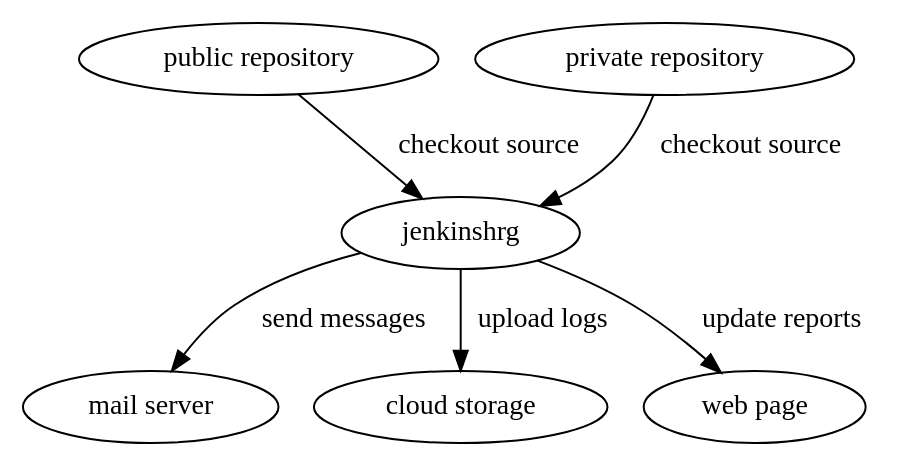
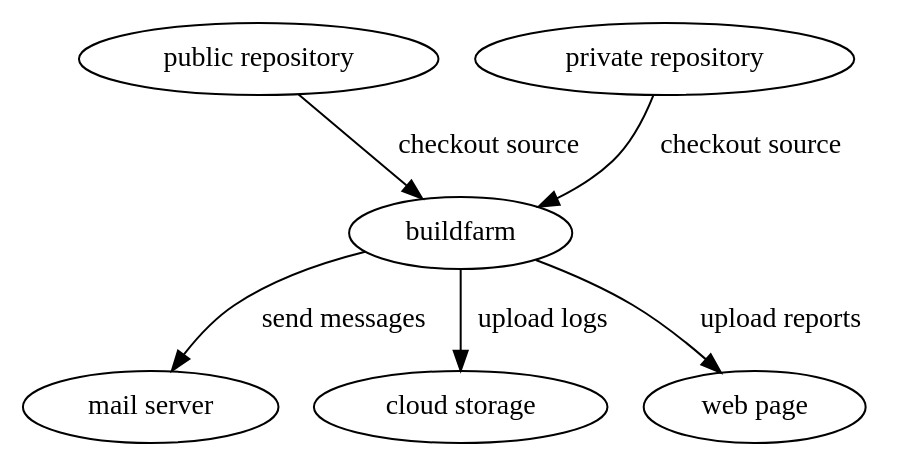
One commit to jenkinshrg/buildfarm-doc changed the diagram in overview.rst. Above: the diagram before and after it, drawn with Graphviz.

```diff
--- a/overview.rst
+++ b/overview.rst
@@ -12,15 +12,15 @@
 .. graphviz::
 
    digraph {
       source1 [label="public repository"];
       source2 [label="private repository"];
-      build [label="jenkinshrg"];
+      build [label="buildfarm"];
       report1 [label="mail server"];
       report2 [label="cloud storage"];
       report3 [label="web page"];
       source1 -> build [label="checkout source"];
       source2 -> build [label="checkout source"];
       build -> report1 [label="send messages"];
       build -> report2 [label="upload logs"];
-      build -> report3 [label="update reports"];
+      build -> report3 [label="upload reports"];
    }
```
